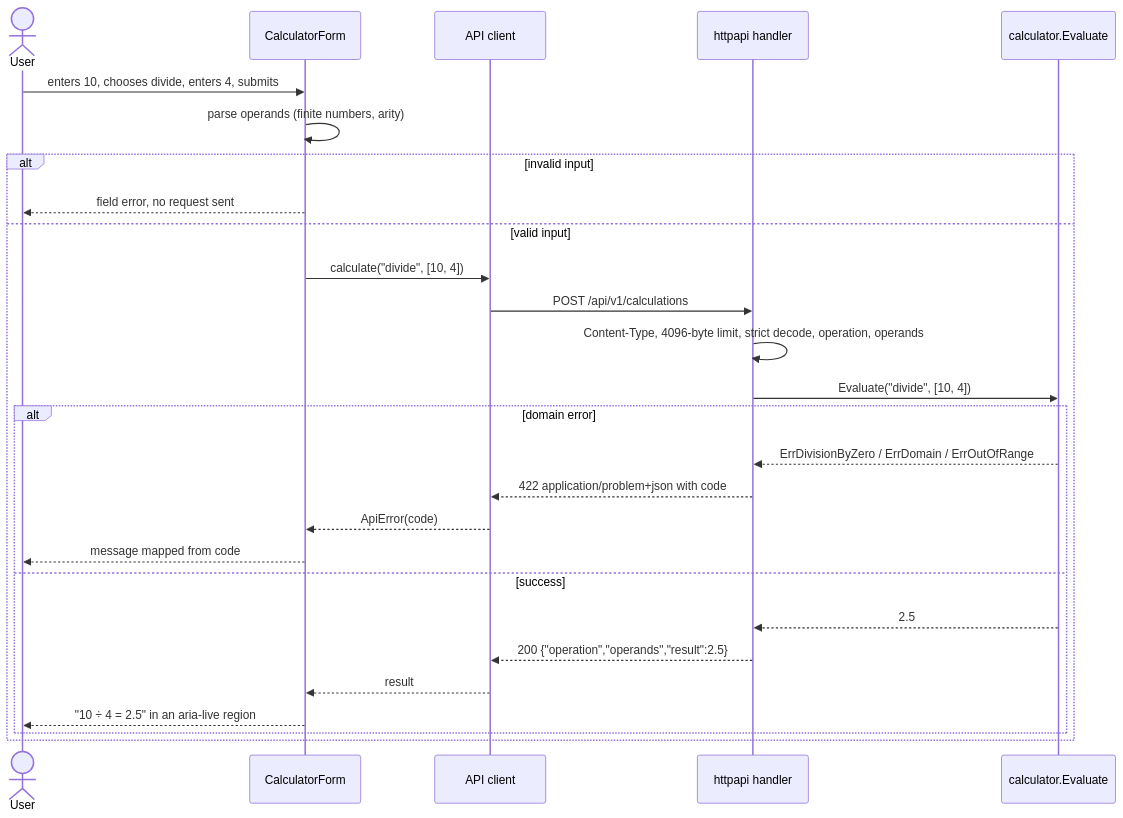
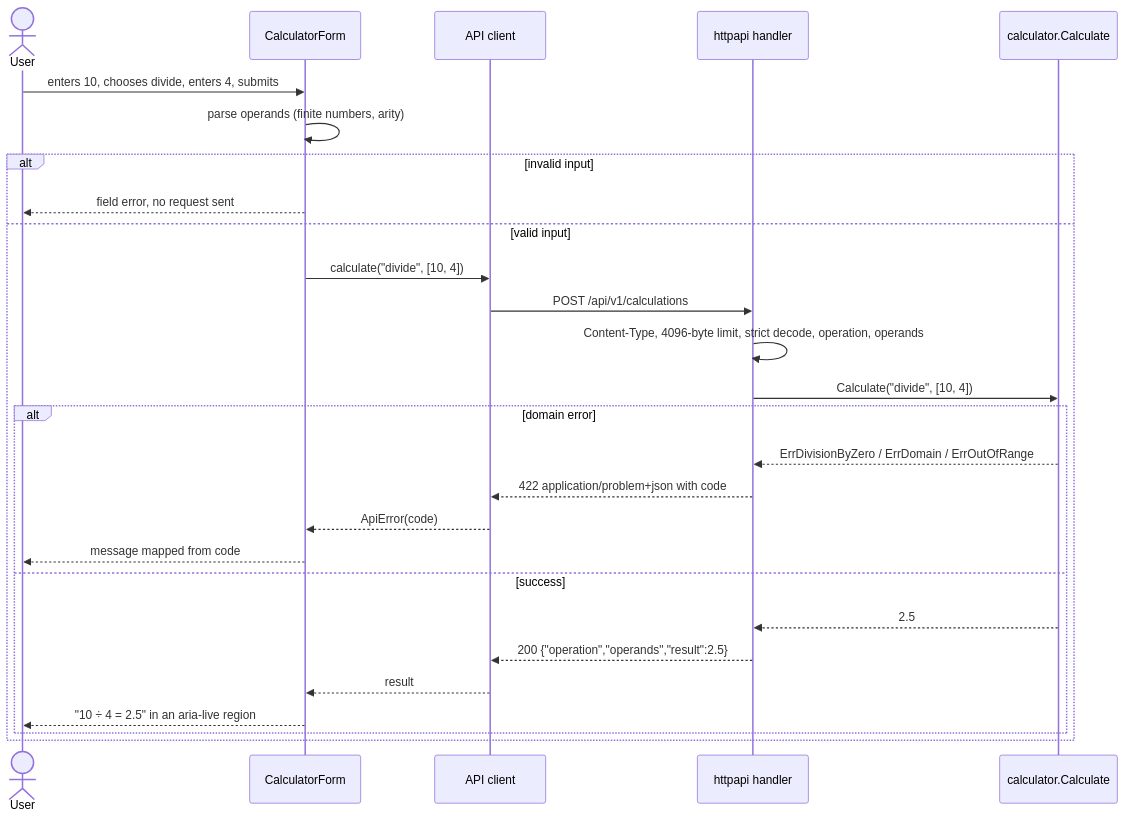
One commit to BillyJoe121/sezzle-calculator changed the second of 2 diagrams in docs/architecture.md. Above: the diagram before and after it, drawn with Mermaid. The commit also changed other lines of this file and 19 other files, not shown here.

````diff
--- a/docs/architecture.md
+++ b/docs/architecture.md
@@ -44,29 +44,29 @@
 ```mermaid
 sequenceDiagram
   actor U as User
   participant F as CalculatorForm
   participant C as API client
   participant H as httpapi handler
-  participant D as calculator.Evaluate
+  participant D as calculator.Calculate
   U->>F: enters 10, chooses divide, enters 4, submits
   F->>F: parse operands (finite numbers, arity)
   alt invalid input
     F-->>U: field error, no request sent
   else valid input
     F->>C: calculate("divide", [10, 4])
     C->>H: POST /api/v1/calculations
     H->>H: Content-Type, 4096-byte limit, strict decode, operation, operands
-    H->>D: Evaluate("divide", [10, 4])
+    H->>D: Calculate("divide", [10, 4])
     alt domain error
       D-->>H: ErrDivisionByZero / ErrDomain / ErrOutOfRange
       H-->>C: 422 application/problem+json with code
       C-->>F: ApiError(code)
       F-->>U: message mapped from code
     else success
       D-->>H: 2.5
       H-->>C: 200 {"operation","operands","result":2.5}
       C-->>F: result
       F-->>U: "10 ÷ 4 = 2.5" in an aria-live region
     end
   end
 ```
````
